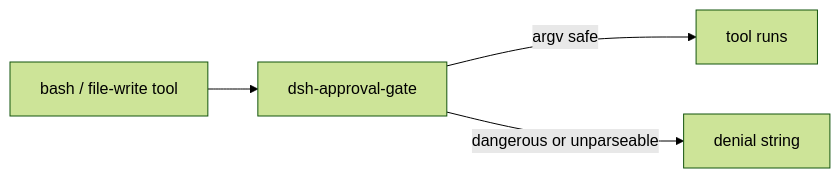
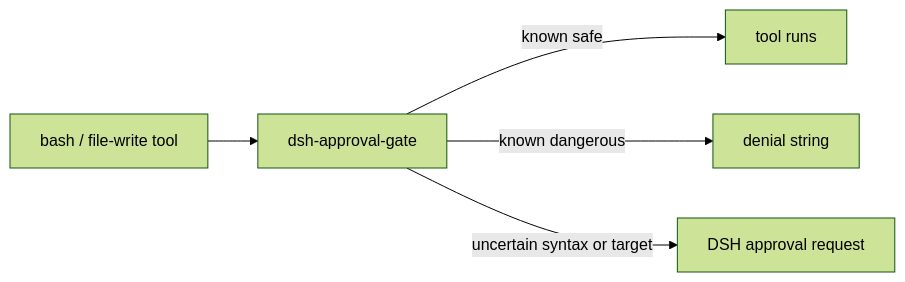
Before and after one commit to GooDAnDReaDY/dsh-approval-gate: the diagram in README.md, drawn with Mermaid (forest theme). The commit also changed other lines of this file and 4 other files, not shown here.

````diff
--- a/README.md
+++ b/README.md
@@ -31,6 +31,7 @@
 ```mermaid
 graph LR
   A[bash / file-write tool] --> B[dsh-approval-gate]
-  B -->|argv safe| C[tool runs]
-  B -->|dangerous or unparseable| D[denial string]
+  B -->|known safe| C[tool runs]
+  B -->|known dangerous| D[denial string]
+  B -->|uncertain syntax or target| E[DSH approval request]
 ```
````
